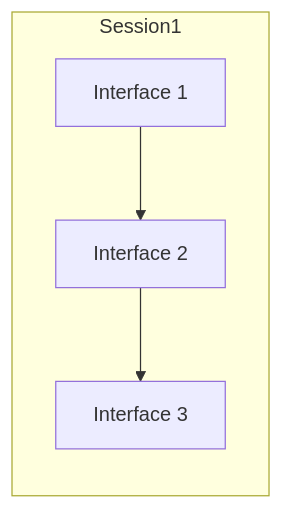
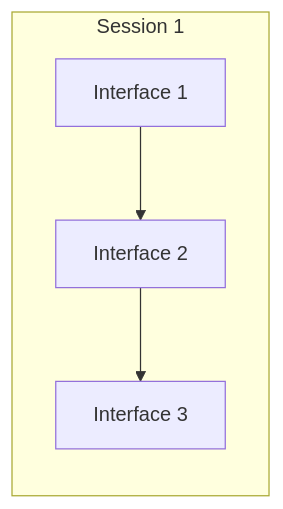
The sixth of 7 diagrams in index.md (saclab/xcap-stack-docs), drawn with Mermaid before and after one commit. The commit also changed other lines of this file, not shown here.

````diff
--- a/index.md
+++ b/index.md
@@ -134,10 +134,10 @@
 ```mermaid
 graph LR
 int1["Interface 1"]
 int2["Interface 2"]
 int3["Interface 3"]
-subgraph Session1
+subgraph Session 1
 int1 -->int2
 int2 --> int3
 end
 ```
````
